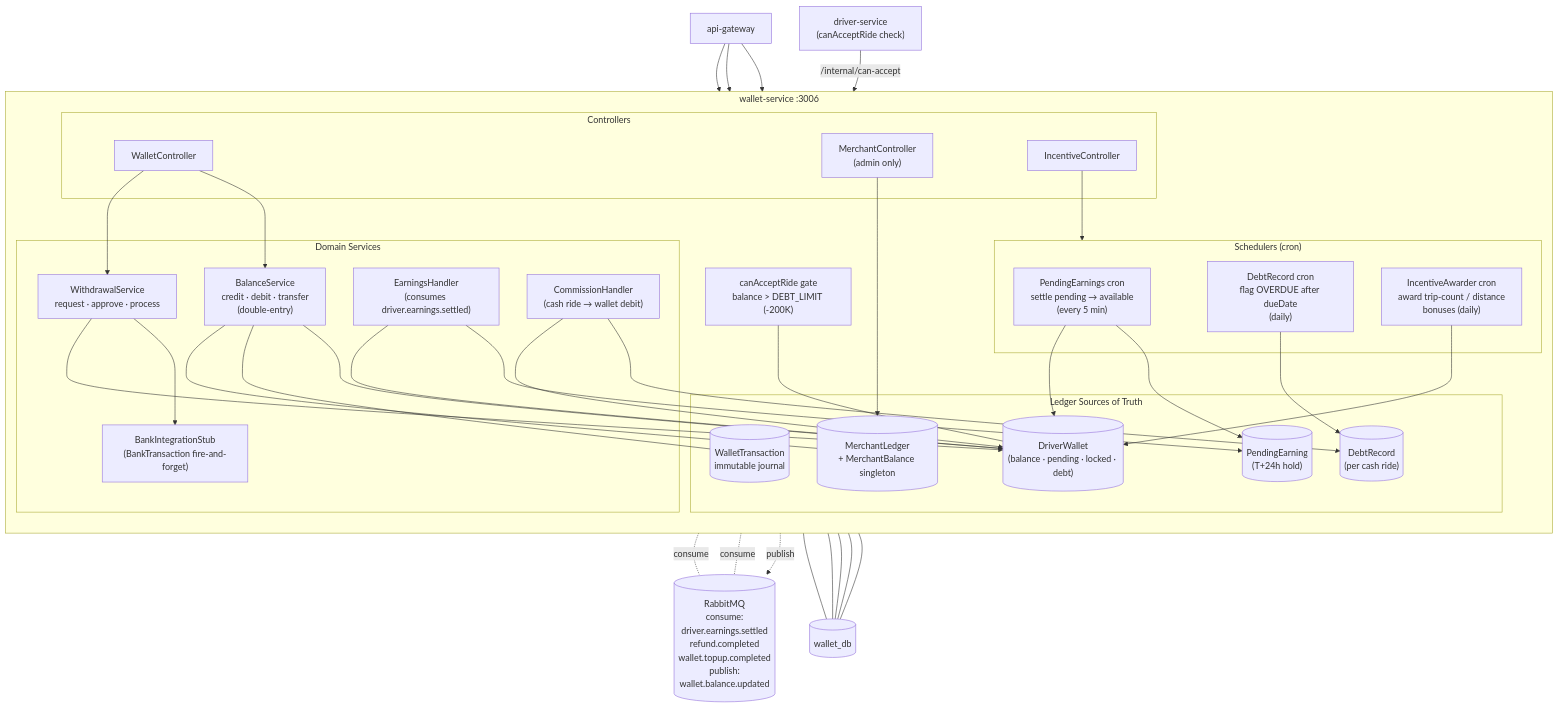
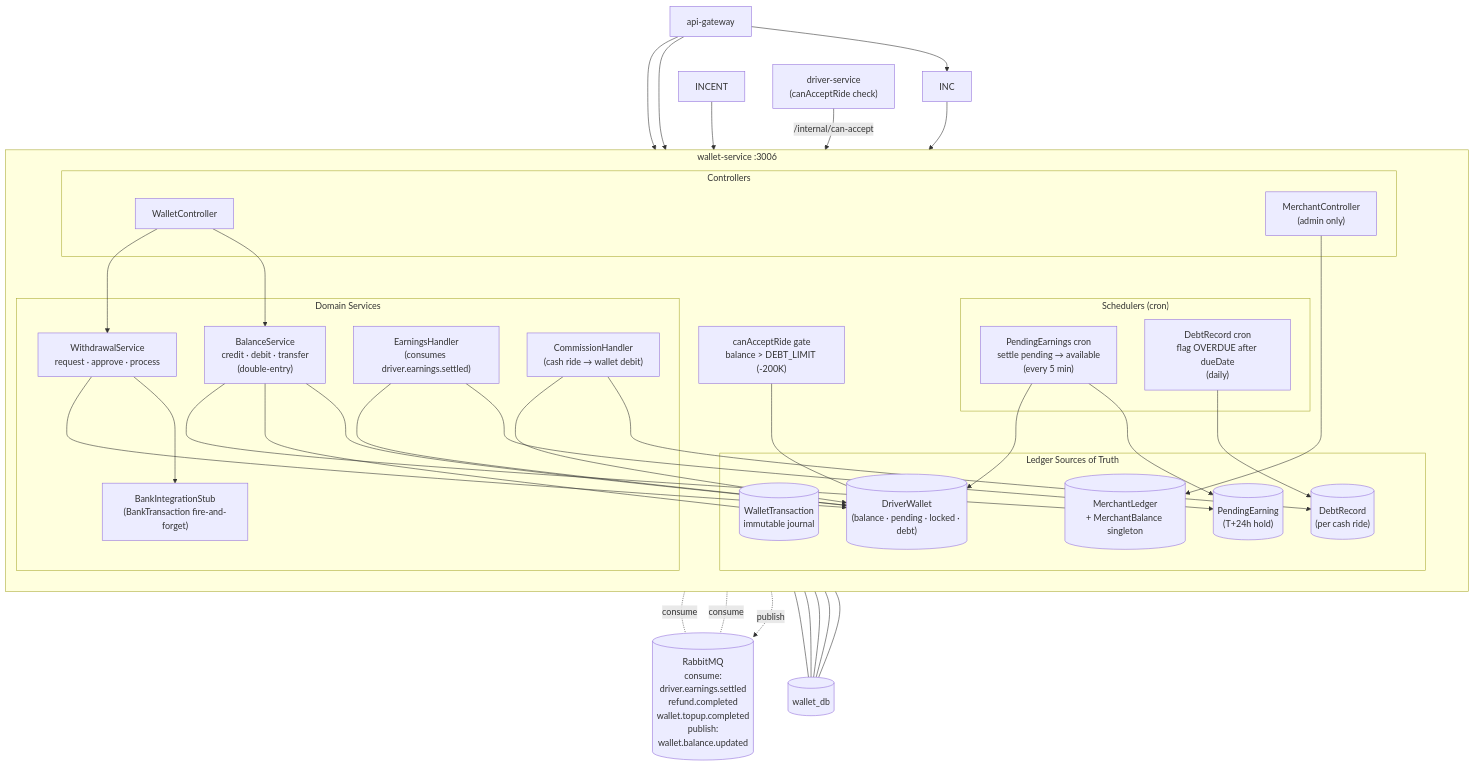
The diagram in docs/diagrams/18_svc_wallet.md (foxxiee04/Cab-Booking-System-Project), drawn with Mermaid before and after one commit. The commit also changed 63 other files, not shown here.

````diff
--- a/docs/diagrams/18_svc_wallet.md
+++ b/docs/diagrams/18_svc_wallet.md
@@ -5,81 +5,79 @@
 ```mermaid
 graph TB
     GW["api-gateway"]
 
     subgraph WAL["wallet-service :3006"]
         direction TB
 
         subgraph CTRL["Controllers"]
             WC["WalletController"]
             MC["MerchantController<br/>(admin only)"]
-            INC["IncentiveController"]
         end
 
         subgraph SVC["Domain Services"]
             BAL_SVC["BalanceService<br/>credit · debit · transfer<br/>(double-entry)"]
             EARN_HANDLER["EarningsHandler<br/>(consumes driver.earnings.settled)"]
             COMM_HANDLER["CommissionHandler<br/>(cash ride → wallet debit)"]
             WD_SVC["WithdrawalService<br/>request · approve · process"]
             BANK["BankIntegrationStub<br/>(BankTransaction fire-and-forget)"]
         end
 
         subgraph SCHED["Schedulers (cron)"]
             T24H["PendingEarnings cron<br/>settle pending → available<br/>(every 5 min)"]
             DEBT_DUE["DebtRecord cron<br/>flag OVERDUE after dueDate<br/>(daily)"]
-            INCENT["IncentiveAwarder cron<br/>award trip-count / distance<br/>bonuses (daily)"]
         end
 
         subgraph LEDGER["Ledger Sources of Truth"]
             DW[("DriverWallet<br/>(balance · pending · locked · debt)")]
             WT[("WalletTransaction<br/>immutable journal")]
             ML[("MerchantLedger<br/>+ MerchantBalance singleton")]
             PE[("PendingEarning<br/>(T+24h hold)")]
             DR[("DebtRecord<br/>(per cash ride)")]
         end
 
         GATE["canAcceptRide gate<br/>balance > DEBT_LIMIT (-200K)"]
     end
 
     PG[("wallet_db")]
     MQ[("RabbitMQ<br/>consume:<br/>driver.earnings.settled<br/>refund.completed<br/>wallet.topup.completed<br/>publish:<br/>wallet.balance.updated")]
     DRV["driver-service<br/>(canAcceptRide check)"]
 
     GW --> WC
     GW --> MC
     GW --> INC
 
     WC --> BAL_SVC
     WC --> WD_SVC
     MC --> ML
     INC --> SCHED
 
     BAL_SVC --- DW
     BAL_SVC --- WT
     BAL_SVC --- ML
 
     EARN_HANDLER --> PE
     EARN_HANDLER --> DW
     COMM_HANDLER --> DR
     COMM_HANDLER --> DW
 
     T24H --> PE
     T24H --> DW
     DEBT_DUE --> DR
     INCENT --> DW
 
     WD_SVC --> BANK
     WD_SVC --> DW
 
     GATE --- DW
     DRV -->|/internal/can-accept| GATE
 
     EARN_HANDLER -.-|consume| MQ
     COMM_HANDLER -.-|consume| MQ
     BAL_SVC -.->|publish| MQ
 
     DW --- PG
     WT --- PG
     ML --- PG
     PE --- PG
     DR --- PG
 ```
````
